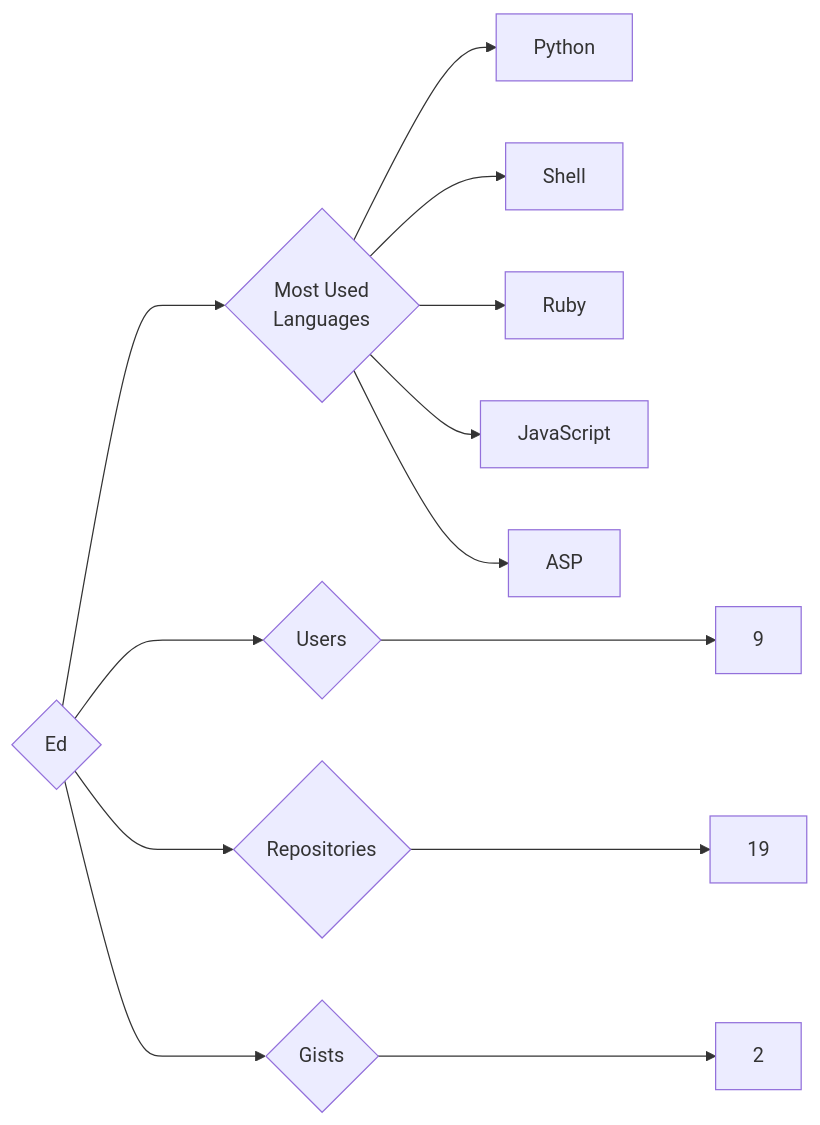
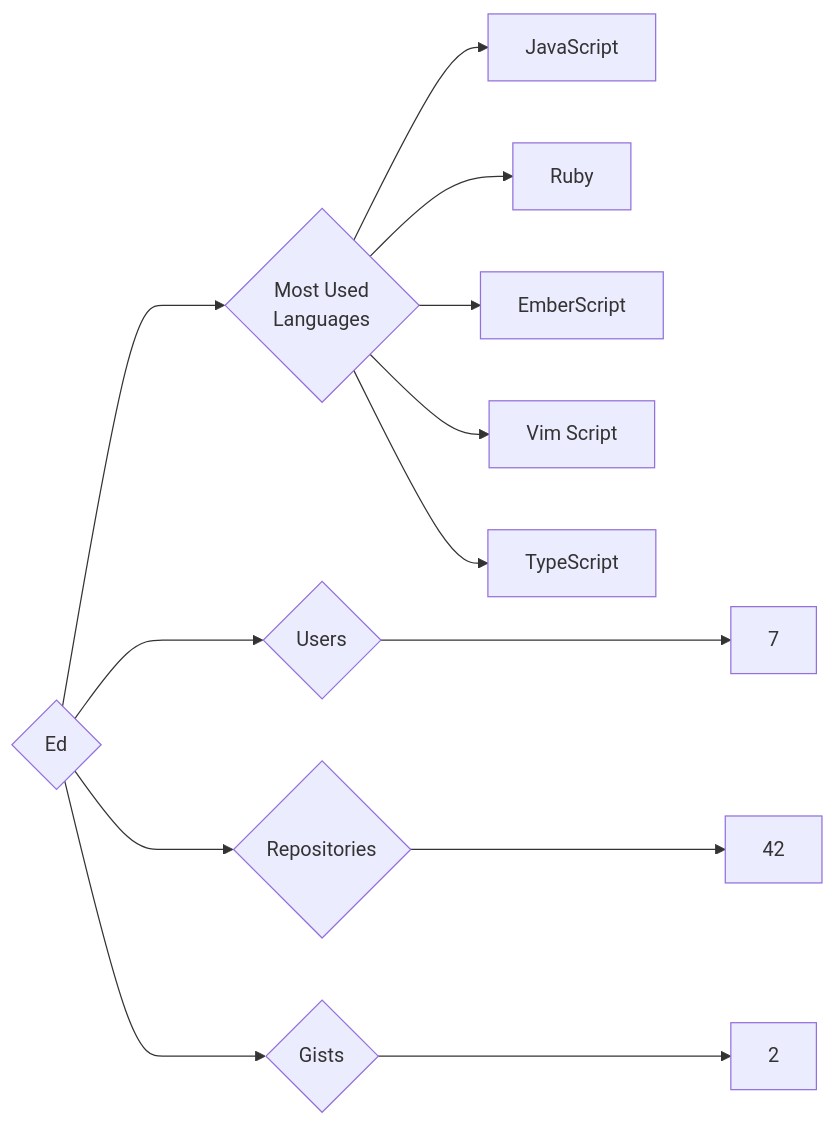
Before and after one commit to trickest/insiders: the diagram in targets/Ed/README.md, drawn with Mermaid. The commit also changed 611 other files, not shown here.

````diff
--- a/targets/Ed/README.md
+++ b/targets/Ed/README.md
@@ -3,13 +3,13 @@
 ```mermaid
 graph LR
 COMPANY_NAME{Ed}
-COMPANY_NAME ---> U{Users} ---> UN[9]
-COMPANY_NAME ---> R{Repositories} ---> RN[19]
+COMPANY_NAME ---> U{Users} ---> UN[7]
+COMPANY_NAME ---> R{Repositories} ---> RN[42]
 COMPANY_NAME ---> G{Gists} ---> GN[2]
 COMPANY_NAME ---> ML{Most Used<br>Languages}
-ML --> Python[Python]
-ML --> Shell[Shell]
+ML --> JavaScript[JavaScript]
 ML --> Ruby[Ruby]
-ML --> JavaScript[JavaScript]
-ML --> ASP[ASP]
+ML --> EmberScript[EmberScript]
+ML --> Vim_Script[Vim Script]
+ML --> TypeScript[TypeScript]
 ```
````
